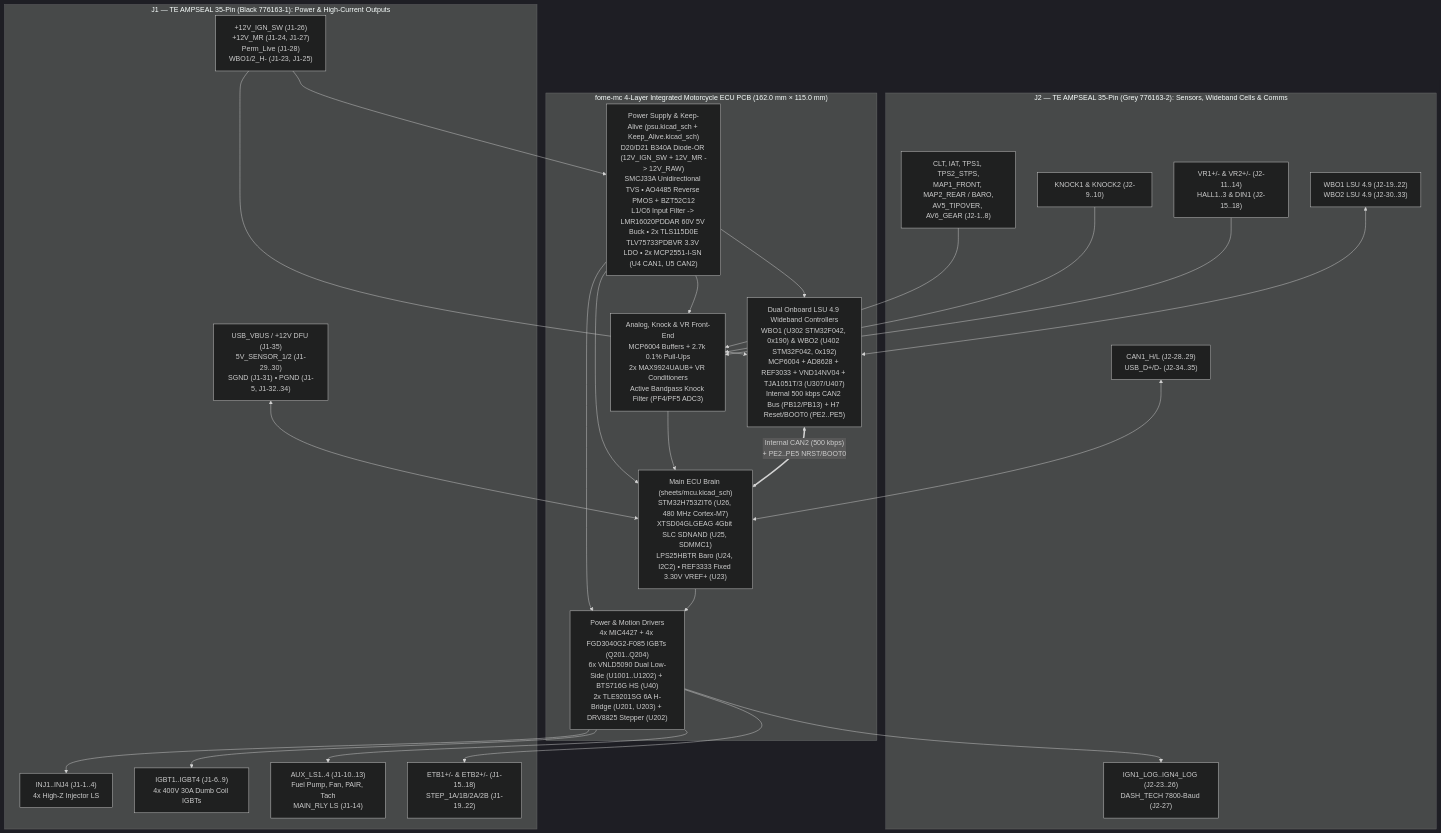
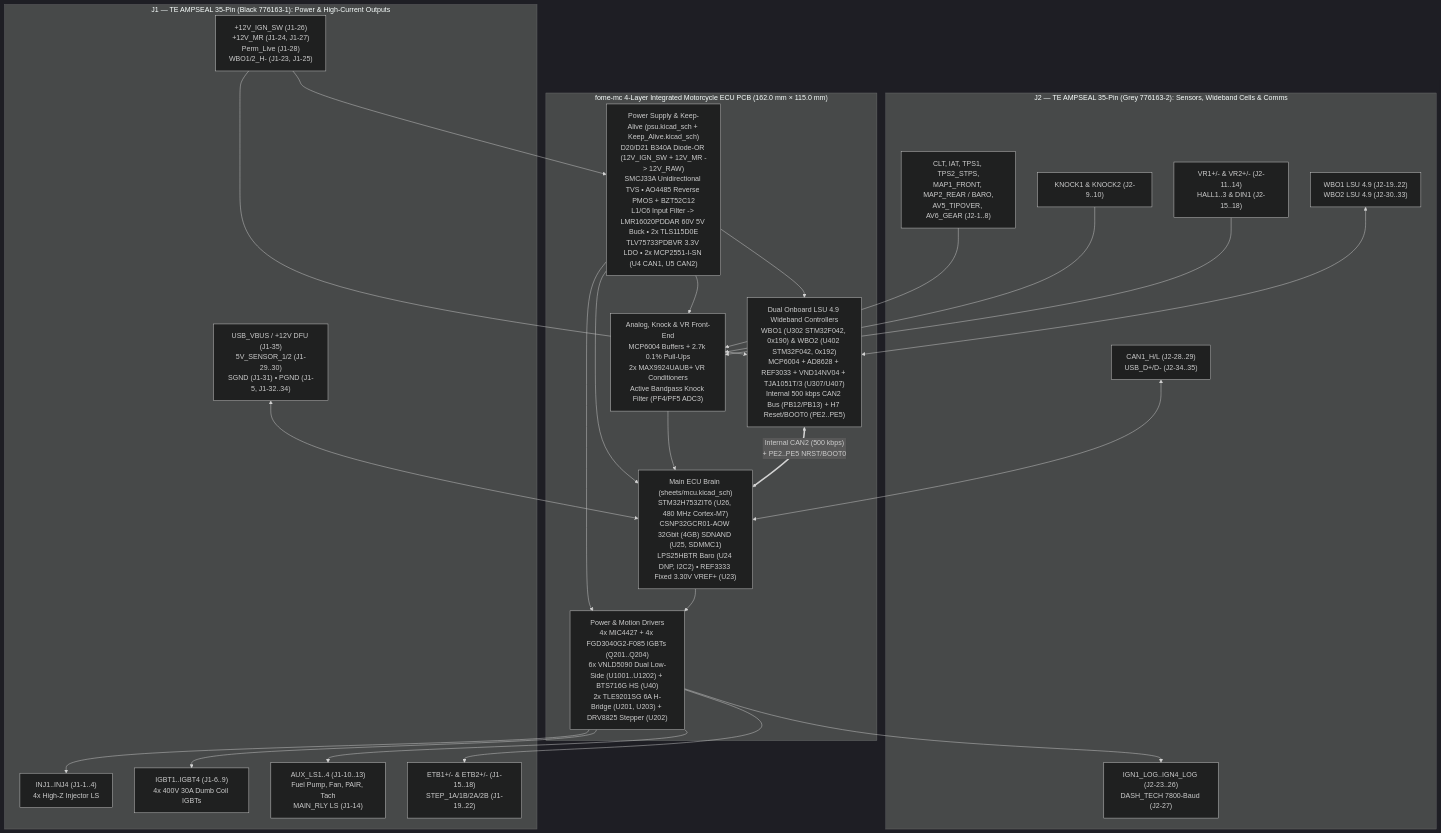
The diagram in README.md (halbritt/fome-mc), drawn with Mermaid (dark theme) before and after one commit. The commit also changed other lines of this file and 6 other files, not shown here.

Commit message:
FOMEMC-3: Upgrade U25 soldered SDNAND from 512 MB (4 Gbit) to 4 GB (32 Gbit CSNP32GCR01-AOW)

````diff
--- a/README.md
+++ b/README.md
@@ -28,38 +28,38 @@
 ```mermaid
 flowchart TB
     subgraph J1["J1 — TE AMPSEAL 35-Pin (Black 776163-1): Power & High-Current Outputs"]
         J1_PWR["+12V_IGN_SW (J1-26)<br/>+12V_MR (J1-24, J1-27)<br/>Perm_Live (J1-28)<br/>WBO1/2_H- (J1-23, J1-25)"]
         J1_INJ["INJ1..INJ4 (J1-1..4)<br/>4x High-Z Injector LS"]
         J1_IGBT["IGBT1..IGBT4 (J1-6..9)<br/>4x 400V 30A Dumb Coil IGBTs"]
         J1_AUX["AUX_LS1..4 (J1-10..13)<br/>Fuel Pump, Fan, PAIR, Tach<br/>MAIN_RLY LS (J1-14)"]
         J1_MOT["ETB1+/- & ETB2+/- (J1-15..18)<br/>STEP_1A/1B/2A/2B (J1-19..22)"]
         J1_DFU["USB_VBUS / +12V DFU (J1-35)<br/>5V_SENSOR_1/2 (J1-29..30)<br/>SGND (J1-31) • PGND (J1-5, J1-32..34)"]
     end
 
     subgraph J2["J2 — TE AMPSEAL 35-Pin (Grey 776163-2): Sensors, Wideband Cells & Comms"]
         J2_ANA["CLT, IAT, TPS1, TPS2_STPS,<br/>MAP1_FRONT, MAP2_REAR / BARO,<br/>AV5_TIPOVER, AV6_GEAR (J2-1..8)"]
         J2_KNK["KNOCK1 & KNOCK2 (J2-9..10)"]
         J2_TRG["VR1+/- & VR2+/- (J2-11..14)<br/>HALL1..3 & DIN1 (J2-15..18)"]
         J2_WBO["WBO1 LSU 4.9 (J2-19..22)<br/>WBO2 LSU 4.9 (J2-30..33)"]
         J2_IGN["IGN1_LOG..IGN4_LOG (J2-23..26)<br/>DASH_TECH 7800-Baud (J2-27)"]
         J2_COM["CAN1_H/L (J2-28..29)<br/>USB_D+/D- (J2-34..35)"]
     end
 
     subgraph PCB["fome-mc 4-Layer Integrated Motorcycle ECU PCB (162.0 mm × 115.0 mm)"]
         PSU["Power Supply & Keep-Alive (psu.kicad_sch + Keep_Alive.kicad_sch)<br/>D20/D21 B340A Diode-OR (12V_IGN_SW + 12V_MR -> 12V_RAW)<br/>SMCJ33A Unidirectional TVS • AO4485 Reverse PMOS + BZT52C12<br/>L1/C6 Input Filter -> LMR16020PDDAR 60V 5V Buck • 2x TLS115D0E<br/>TLV75733PDBVR 3.3V LDO • 2x MCP2551-I-SN (U4 CAN1, U5 CAN2)"]
-        MCU["Main ECU Brain (sheets/mcu.kicad_sch)<br/>STM32H753ZIT6 (U26, 480 MHz Cortex-M7)<br/>XTSD04GLGEAG 4Gbit SLC SDNAND (U25, SDMMC1)<br/>LPS25HBTR Baro (U24, I2C2) • REF3333 Fixed 3.30V VREF+ (U23)"]
+        MCU["Main ECU Brain (sheets/mcu.kicad_sch)<br/>STM32H753ZIT6 (U26, 480 MHz Cortex-M7)<br/>CSNP32GCR01-AOW 32Gbit (4GB) SDNAND (U25, SDMMC1)<br/>LPS25HBTR Baro (U24 DNP, I2C2) • REF3333 Fixed 3.30V VREF+ (U23)"]
         AFE["Analog, Knock & VR Front-End<br/>MCP6004 Buffers + 2.7k 0.1% Pull-Ups<br/>2x MAX9924UAUB+ VR Conditioners<br/>Active Bandpass Knock Filter (PF4/PF5 ADC3)"]
         DRV["Power & Motion Drivers<br/>4x MIC4427 + 4x FGD3040G2-F085 IGBTs (Q201..Q204)<br/>6x VNLD5090 Dual Low-Side (U1001..U1202) + BTS716G HS (U40)<br/>2x TLE9201SG 6A H-Bridge (U201, U203) + DRV8825 Stepper (U202)"]
         WBO["Dual Onboard LSU 4.9 Wideband Controllers<br/>WBO1 (U302 STM32F042, 0x190) & WBO2 (U402 STM32F042, 0x192)<br/>MCP6004 + AD8628 + REF3033 + VND14NV04 + TJA1051T/3 (U307/U407)<br/>Internal 500 kbps CAN2 Bus (PB12/PB13) + H7 Reset/BOOT0 (PE2..PE5)"]
     end
 
     J1_PWR --> PSU
     PSU --> MCU & AFE & DRV & WBO
     J2_ANA & J2_KNK & J2_TRG --> AFE --> MCU
     J2_WBO <--> WBO
     J1_PWR --> WBO
     WBO <==>|"Internal CAN2 (500 kbps)<br/>+ PE2..PE5 NRST/BOOT0"| MCU
     MCU --> DRV
     DRV --> J1_INJ & J1_IGBT & J1_AUX & J1_MOT & J2_IGN
     J2_COM & J1_DFU <--> MCU
 ```
````
